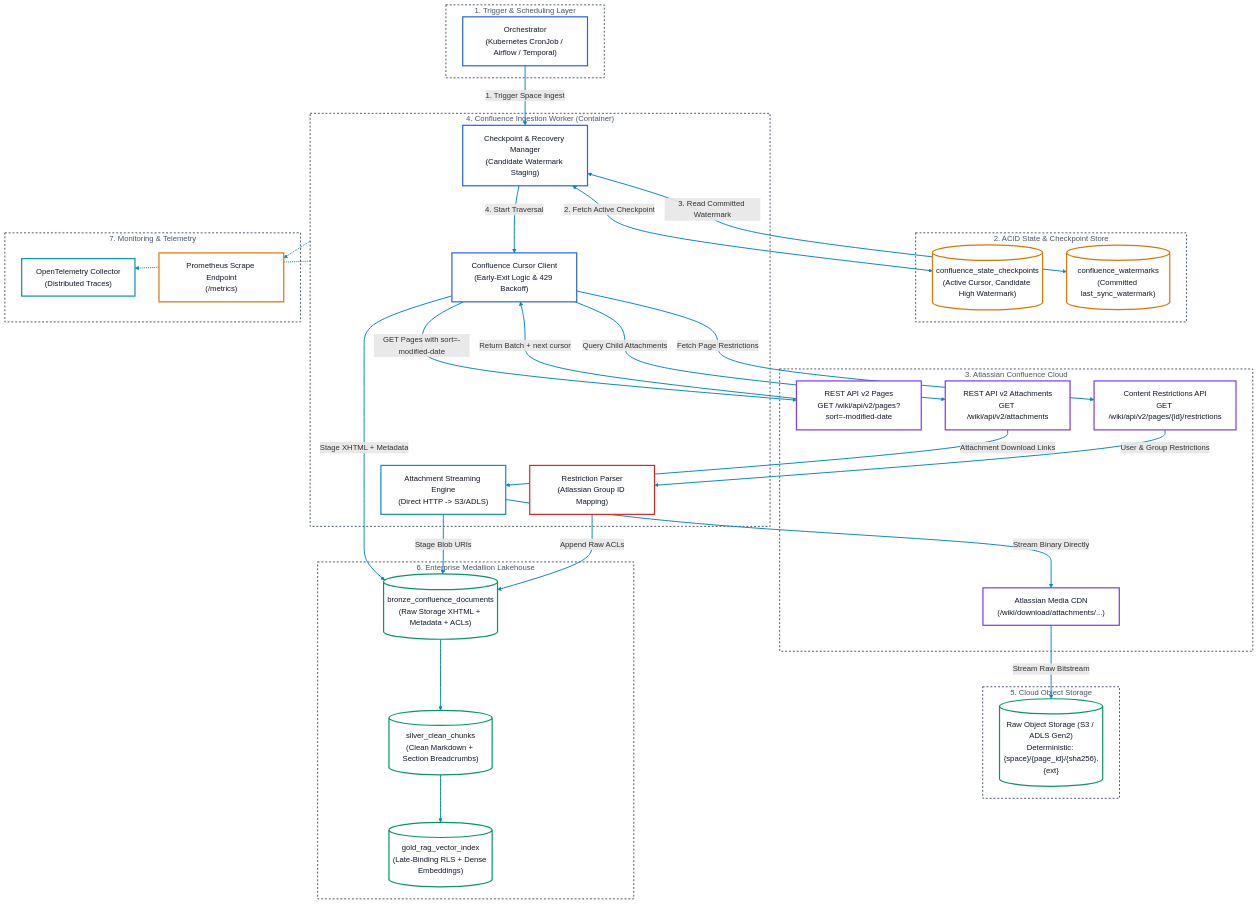
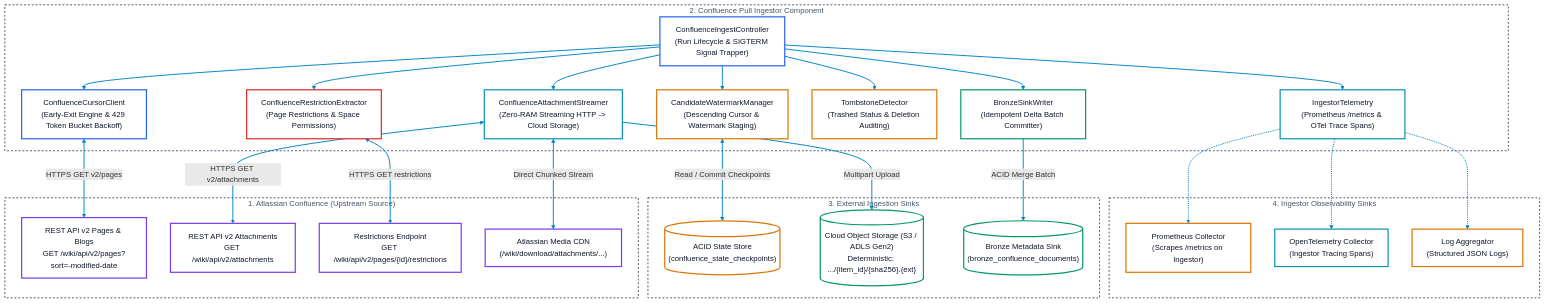
The first of 2 diagrams in docs/architectures/confluence_pull_ingestor_architecture.md (toanbui626391/document_ingestors), drawn with Mermaid before and after one commit. The commit also changed other lines of this file and 2 other files, not shown here.

````diff
--- a/docs/architectures/confluence_pull_ingestor_architecture.md
+++ b/docs/architectures/confluence_pull_ingestor_architecture.md
@@ -12,85 +14,68 @@
 ```mermaid
 flowchart TD
-    subgraph Trigger ["1. Trigger & Scheduling Layer"]
-        Scheduler["Orchestrator\n(Kubernetes CronJob / Airflow / Temporal)"]:::blue
+    subgraph UpstreamAtlassian ["1. Atlassian Confluence (Upstream Source)"]
+        V2Pages["REST API v2 Pages & Blogs\nGET /wiki/api/v2/pages?sort=-modified-date"]:::purple
+        V2Attach["REST API v2 Attachments\nGET /wiki/api/v2/attachments"]:::purple
+        V2Perms["Restrictions Endpoint\nGET /wiki/api/v2/pages/{id}/restrictions"]:::purple
+        MediaCDN["Atlassian Media CDN\n(/wiki/download/attachments/...)"]:::purple
     end
 
-    subgraph StateTier ["2. ACID State & Checkpoint Store"]
-        Checkpoints[("confluence_state_checkpoints\n(Active Cursor, Candidate High Watermark)")]:::amber
-        Watermarks[("confluence_watermarks\n(Committed last_sync_watermark)")]:::amber
+    subgraph ConfluenceIngestor ["2. Confluence Pull Ingestor Component"]
+        Controller["ConfluenceIngestController\n(Run Lifecycle & SIGTERM Signal Trapper)"]:::blue
+        CursorClient["ConfluenceCursorClient\n(Early-Exit Engine & 429 Token Bucket Backoff)"]:::blue
+        CandidateWmMgr["CandidateWatermarkManager\n(Descending Cursor & Watermark Staging)"]:::amber
+        AttachmentStreamer["ConfluenceAttachmentStreamer\n(Zero-RAM Streaming HTTP -> Cloud Storage)"]:::cyan
+        RestrictionParser["ConfluenceRestrictionExtractor\n(Page Restrictions & Space Permissions)"]:::red
+        TombstoneDetector["TombstoneDetector\n(Trashed Status & Deletion Auditing)"]:::amber
+        BronzeWriter["BronzeSinkWriter\n(Idempotent Delta Batch Committer)"]:::green
+        Telemetry["IngestorTelemetry\n(Prometheus /metrics & OTel Trace Spans)"]:::cyan
     end
 
-    subgraph ConfluenceCloud ["3. Atlassian Confluence Cloud"]
-        V2Pages["REST API v2 Pages\nGET /wiki/api/v2/pages?sort=-modified-date"]:::purple
-        V2Attach["REST API v2 Attachments\nGET /wiki/api/v2/attachments"]:::purple
-        V2Perms["Content Restrictions API\nGET /wiki/api/v2/pages/{id}/restrictions"]:::purple
-        DownloadCDN["Atlassian Media CDN\n(/wiki/download/attachments/...)"]:::purple
+    subgraph IngestSinks ["3. External Ingestion Sinks"]
+        StateDB[("ACID State Store\n(confluence_state_checkpoints)")]:::amber
+        AttachmentStore[("Cloud Object Storage (S3 / ADLS Gen2)\nDeterministic: .../{item_id}/{sha256}.{ext}")]:::green
+        BronzeTable[("Bronze Metadata Sink\n(bronze_confluence_documents)")]:::green
     end
 
-    subgraph WorkerPod ["4. Confluence Ingestion Worker (Container)"]
-        RecoveryEngine["Checkpoint & Recovery Manager\n(Candidate Watermark Staging)"]:::blue
-        PullClient["Confluence Cursor Client\n(Early-Exit Logic & 429 Backoff)"]:::blue
-        AttachmentStreamer["Attachment Streaming Engine\n(Direct HTTP -> S3/ADLS)"]:::cyan
-        AclEngine["Restriction Parser\n(Atlassian Group ID Mapping)"]:::red
+    subgraph Observability ["4. Ingestor Observability Sinks"]
+        Prom["Prometheus Collector\n(Scrapes /metrics on Ingestor)"]:::amber
+        Otel["OpenTelemetry Collector\n(Ingestor Tracing Spans)"]:::cyan
+        Logs["Log Aggregator\n(Structured JSON Logs)"]:::amber
     end
 
-    subgraph StorageTier ["5. Cloud Object Storage"]
-        AttachmentStore[("Raw Object Storage (S3 / ADLS Gen2)\nDeterministic: {space}/{page_id}/{sha256}.{ext}")]:::green
-    end
+    %% Internal Subsystem Wiring
+    Controller --> CursorClient
+    Controller --> CandidateWmMgr
+    Controller --> AttachmentStreamer
+    Controller --> RestrictionParser
+    Controller --> TombstoneDetector
+    Controller --> BronzeWriter
+    Controller --> Telemetry
 
-    subgraph LakehouseTier ["6. Enterprise Medallion Lakehouse"]
-        BronzeTable[("bronze_confluence_documents\n(Raw Storage XHTML + Metadata + ACLs)")]:::green
-        SilverTable[("silver_clean_chunks\n(Clean Markdown + Section Breadcrumbs)")]:::green
-        GoldIndex[("gold_rag_vector_index\n(Late-Binding RLS + Dense Embeddings)")]:::green
-    end
+    %% Boundary Connections
+    CursorClient <-->|HTTPS GET v2/pages| V2Pages
+    RestrictionParser <-->|HTTPS GET restrictions| V2Perms
+    AttachmentStreamer <-->|HTTPS GET v2/attachments| V2Attach
+    AttachmentStreamer <-->|Direct Chunked Stream| MediaCDN
 
-    subgraph TelemetryTier ["7. Monitoring & Telemetry"]
-        OtelExporter["OpenTelemetry Collector\n(Distributed Traces)"]:::cyan
-        PromExporter["Prometheus Scrape Endpoint\n(/metrics)"]:::amber
-    end
+    CandidateWmMgr <-->|Read / Commit Checkpoints| StateDB
+    AttachmentStreamer -->|Multipart Upload| AttachmentStore
+    BronzeWriter -->|ACID Merge Batch| BronzeTable
 
-    %% Workflow Connections
-    Scheduler -->|1. Trigger Space Ingest| RecoveryEngine
-    RecoveryEngine <-->|2. Fetch Active Checkpoint| Checkpoints
-    RecoveryEngine <-->|3. Read Committed Watermark| Watermarks
-
-    RecoveryEngine -->|4. Start Traversal| PullClient
-    PullClient -->|GET Pages with sort=-modified-date| V2Pages
-    V2Pages -->|Return Batch + next cursor| PullClient
-
-    PullClient -->|Fetch Page Restrictions| V2Perms
-    V2Perms -->|User & Group Restrictions| AclEngine
-
-    PullClient -->|Query Child Attachments| V2Attach
-    V2Attach -->|Attachment Download Links| AttachmentStreamer
-    AttachmentStreamer -->|Stream Binary Directly| DownloadCDN
-    DownloadCDN -->|Stream Raw Bitstream| AttachmentStore
-
-    PullClient -->|Stage XHTML + Metadata| BronzeTable
-    AttachmentStreamer -->|Stage Blob URIs| BronzeTable
-    AclEngine -->|Append Raw ACLs| BronzeTable
-
-    %% Medallion Progression
-    BronzeTable --> SilverTable
-    SilverTable --> GoldIndex
-
-    %% Observability
-    WorkerPod -.-> OtelExporter
-    WorkerPod -.-> PromExporter
+    Telemetry -.-> Prom
+    Telemetry -.-> Otel
+    Telemetry -.-> Logs
 
     %% Subgraphs Style
-    style Trigger fill:none,stroke:#475569,stroke-width:2px,stroke-dasharray: 4 4,color:#475569
-    style StateTier fill:none,stroke:#475569,stroke-width:2px,stroke-dasharray: 4 4,color:#475569
-    style ConfluenceCloud fill:none,stroke:#475569,stroke-width:2px,stroke-dasharray: 4 4,color:#475569
-    style WorkerPod fill:none,stroke:#475569,stroke-width:2px,stroke-dasharray: 4 4,color:#475569
-    style StorageTier fill:none,stroke:#475569,stroke-width:2px,stroke-dasharray: 4 4,color:#475569
-    style LakehouseTier fill:none,stroke:#475569,stroke-width:2px,stroke-dasharray: 4 4,color:#475569
-    style TelemetryTier fill:none,stroke:#475569,stroke-width:2px,stroke-dasharray: 4 4,color:#475569
+    style UpstreamAtlassian fill:none,stroke:#475569,stroke-width:2px,stroke-dasharray: 4 4,color:#475569
+    style ConfluenceIngestor fill:none,stroke:#475569,stroke-width:2px,stroke-dasharray: 4 4,color:#475569
+    style IngestSinks fill:none,stroke:#475569,stroke-width:2px,stroke-dasharray: 4 4,color:#475569
+    style Observability fill:none,stroke:#475569,stroke-width:2px,stroke-dasharray: 4 4,color:#475569
 
     %% High-Visibility Link Arrows
     linkStyle default stroke:#0284c7,stroke-width:2px
 
-    %% Reusable High-Luminance Card Classes
+    %% Dual-Mode Card Palette
     classDef default fill:#ffffff,stroke:#475569,stroke-width:2.5px,color:#0f172a;
     classDef blue    fill:#ffffff,stroke:#2563eb,stroke-width:2.5px,color:#0f172a;
     classDef green   fill:#ffffff,stroke:#059669,stroke-width:2.5px,color:#0f172a;
````
